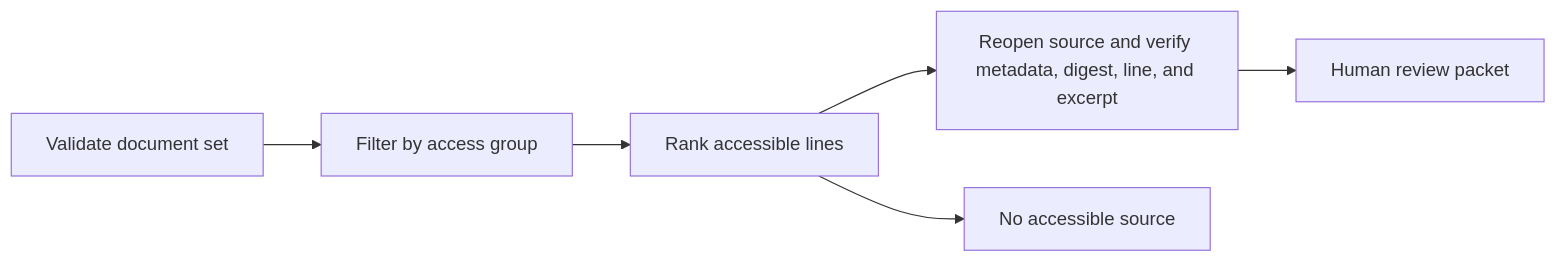
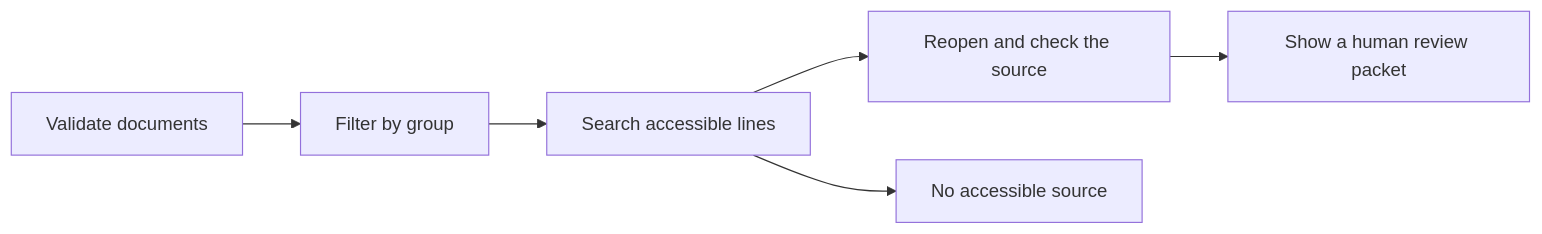
The diagram in README.md (scaveyy/source-verified-search-demo), drawn with Mermaid before and after one commit. The commit also changed other lines of this file, not shown here.

````diff
--- a/README.md
+++ b/README.md
@@ -21,8 +21,8 @@
 ```mermaid
 flowchart LR
-  J[Validate document set] --> A[Filter by access group]
-  A --> R[Rank accessible lines]
-  R --> V[Reopen source and verify metadata, digest, line, and excerpt]
-  V --> H[Human review packet]
-  R --> N[No accessible source]
+  D[Validate documents] --> A[Filter by group]
+  A --> S[Search accessible lines]
+  S --> V[Reopen and check the source]
+  V --> H[Show a human review packet]
+  S --> N[No accessible source]
 ```
````
